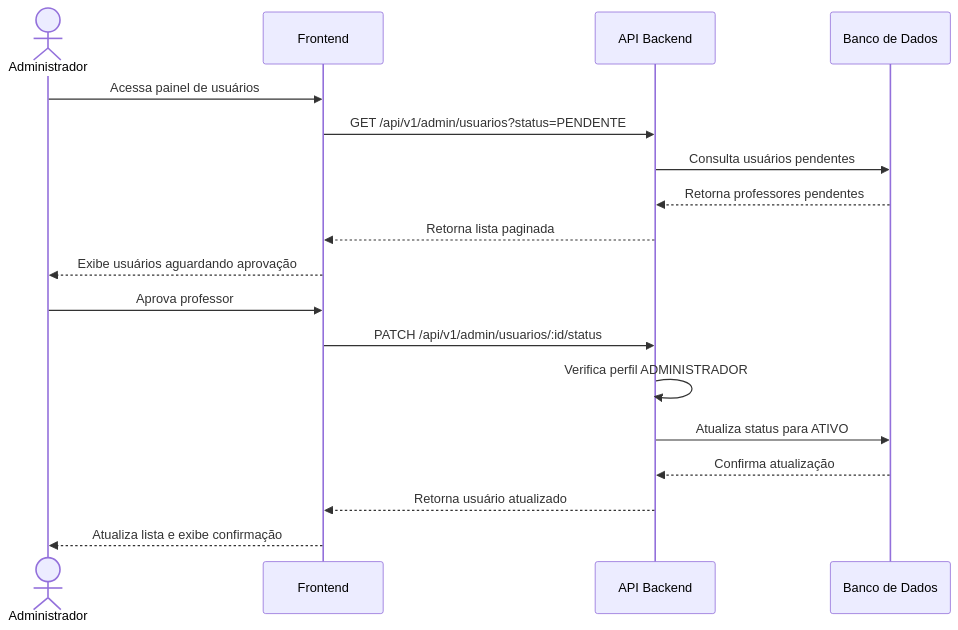
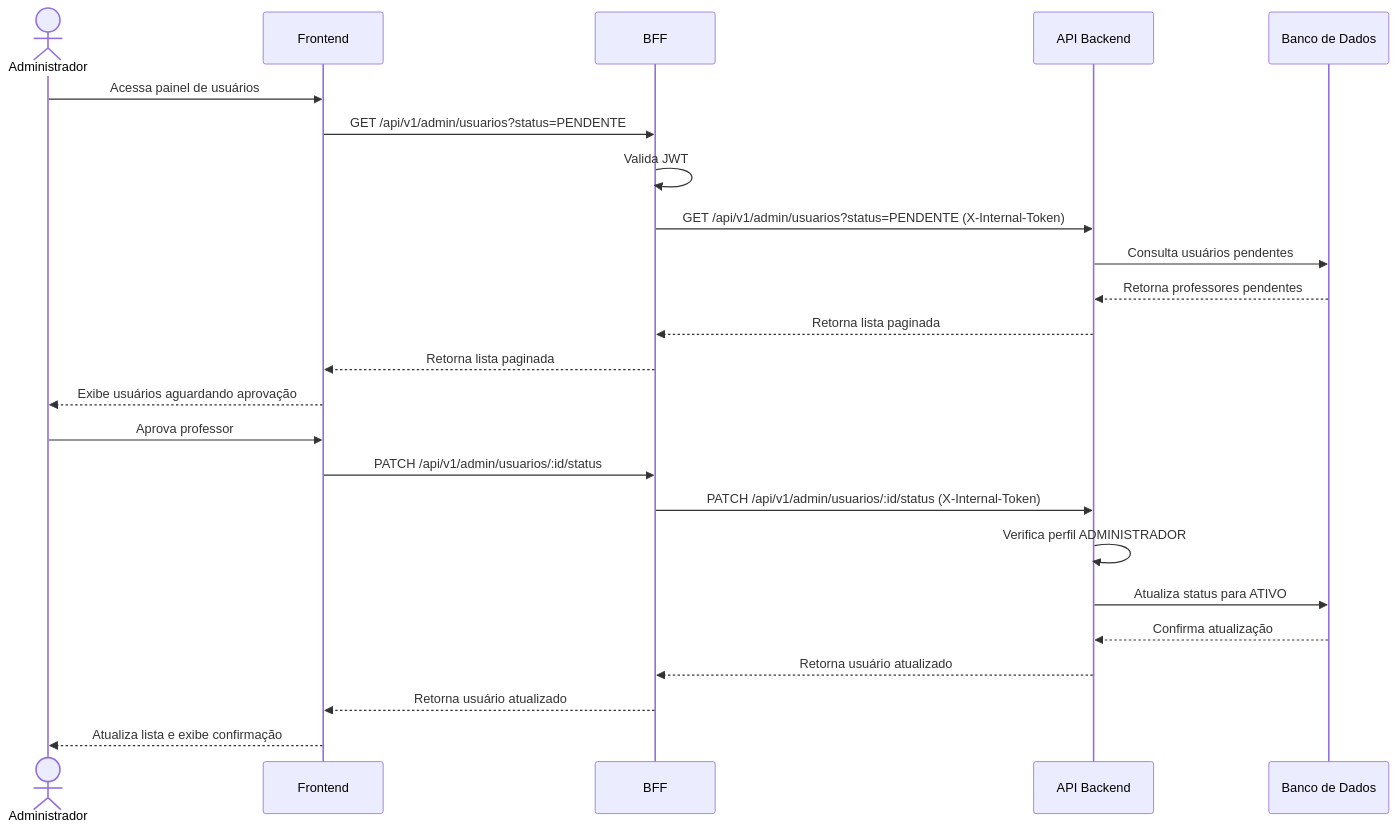
One commit to fga-eps-mds/2026-1-AnatoQuizUp-Doc changed the eighth of 8 diagrams in docs/arquitetura/visoes/processos.md. Above: the diagram before and after it, drawn with Mermaid. The commit also changed other lines of this file and 14 other files, not shown here.

````diff
--- a/docs/arquitetura/visoes/processos.md
+++ b/docs/arquitetura/visoes/processos.md
@@ -192,22 +225,28 @@
 ```mermaid
 sequenceDiagram
     actor Administrador
     participant Frontend
+    participant BFF
     participant Backend as API Backend
     participant Banco as Banco de Dados
 
     Administrador->>Frontend: Acessa painel de usuários
-    Frontend->>Backend: GET /api/v1/admin/usuarios?status=PENDENTE
+    Frontend->>BFF: GET /api/v1/admin/usuarios?status=PENDENTE
+    BFF->>BFF: Valida JWT
+    BFF->>Backend: GET /api/v1/admin/usuarios?status=PENDENTE (X-Internal-Token)
     Backend->>Banco: Consulta usuários pendentes
     Banco-->>Backend: Retorna professores pendentes
-    Backend-->>Frontend: Retorna lista paginada
+    Backend-->>BFF: Retorna lista paginada
+    BFF-->>Frontend: Retorna lista paginada
     Frontend-->>Administrador: Exibe usuários aguardando aprovação
 
     Administrador->>Frontend: Aprova professor
-    Frontend->>Backend: PATCH /api/v1/admin/usuarios/:id/status
+    Frontend->>BFF: PATCH /api/v1/admin/usuarios/:id/status
+    BFF->>Backend: PATCH /api/v1/admin/usuarios/:id/status (X-Internal-Token)
     Backend->>Backend: Verifica perfil ADMINISTRADOR
     Backend->>Banco: Atualiza status para ATIVO
     Banco-->>Backend: Confirma atualização
-    Backend-->>Frontend: Retorna usuário atualizado
+    Backend-->>BFF: Retorna usuário atualizado
+    BFF-->>Frontend: Retorna usuário atualizado
     Frontend-->>Administrador: Atualiza lista e exibe confirmação
 ```
````
